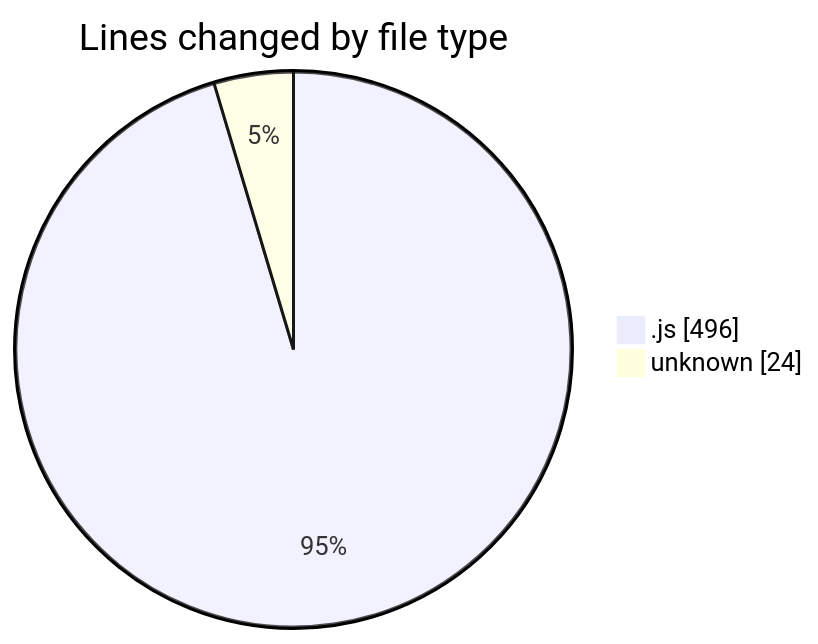
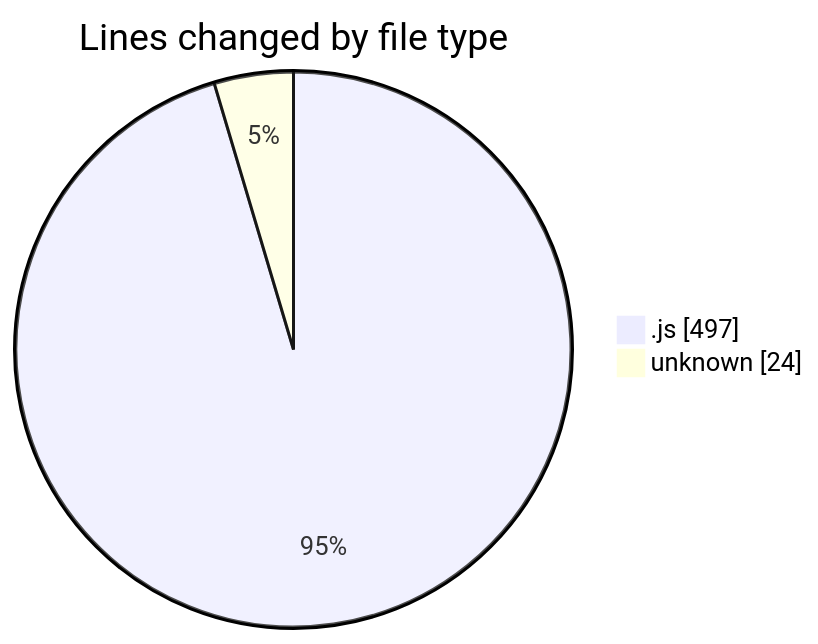
One commit to momahboobian/code-tracking changed the first of 2 diagrams in 2025-02-03/cda/README.md. Above: the diagram before and after it, drawn with Mermaid. The commit also changed other lines of this file and 1 other file, not shown here.

````diff
--- a/2025-02-03/cda/README.md
+++ b/2025-02-03/cda/README.md
@@ -24,6 +24,6 @@
 ```mermaid
 pie showData
 title Lines changed by file type
-".js" : 496
+".js" : 497
 "unknown" : 24
 ```
````
